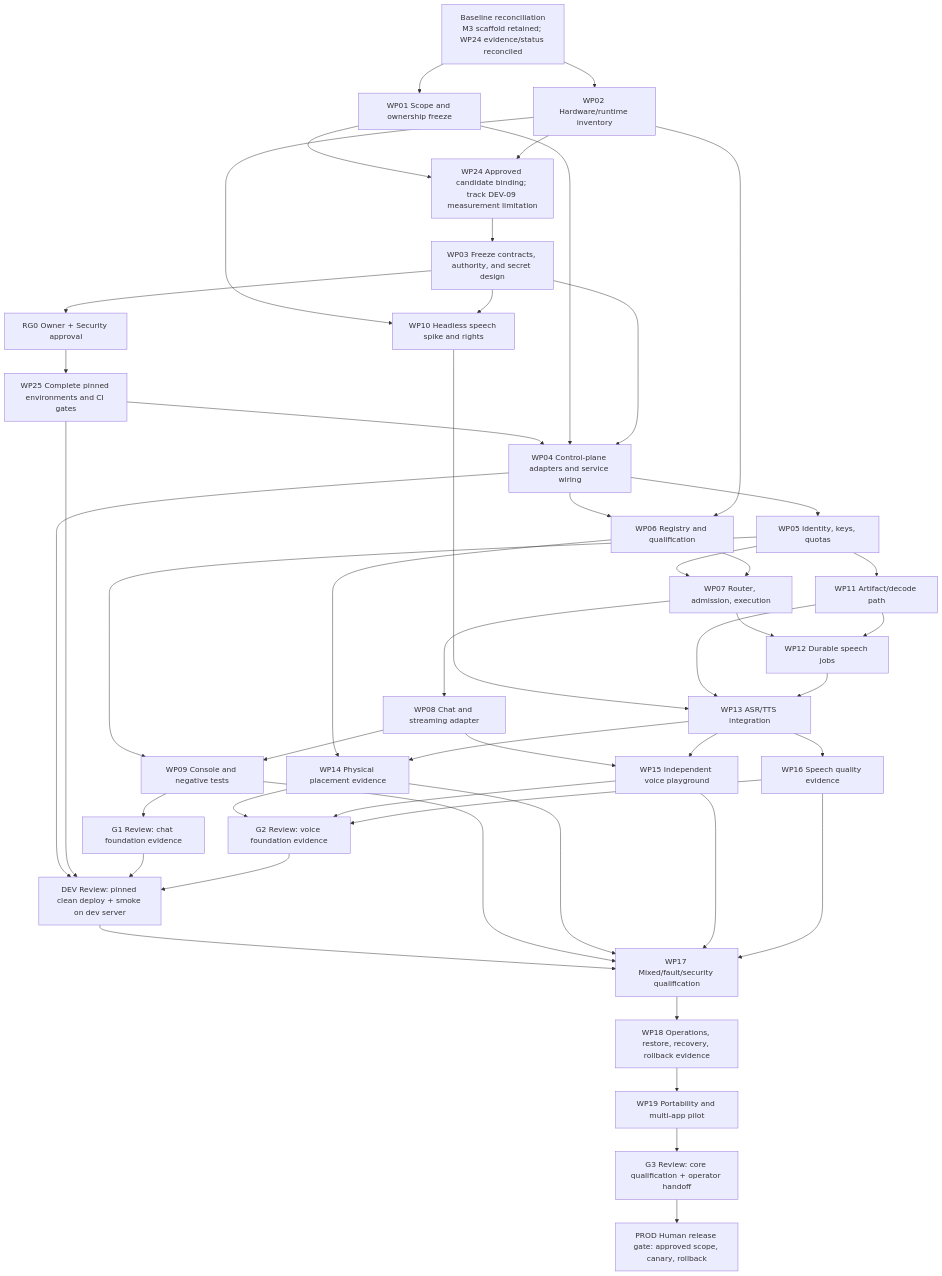
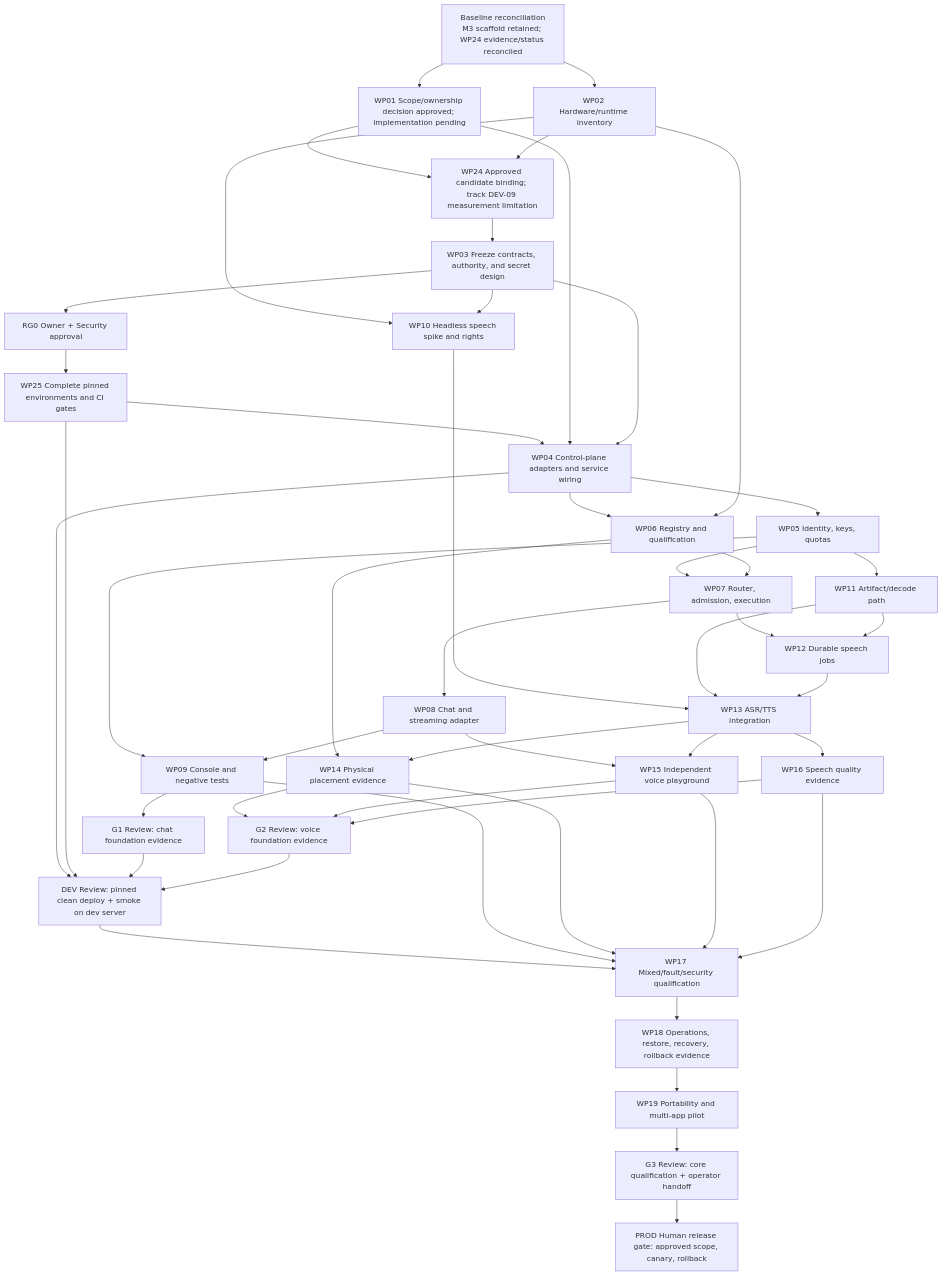
The diagram in docs/EXECUTION-DAG-PRP.md (Freshair129/Private-Runtime-Platform), drawn with Mermaid before and after one commit. The commit also changed other lines of this file and 19 other files, not shown here.

````diff
--- a/docs/EXECUTION-DAG-PRP.md
+++ b/docs/EXECUTION-DAG-PRP.md
@@ -39,80 +39,80 @@
 ```mermaid
 flowchart TD
   BASE["Baseline reconciliation<br/>M3 scaffold retained; WP24 evidence/status reconciled"]
-  WP01["WP01 Scope and ownership freeze"]
+  WP01["WP01 Scope/ownership decision approved; implementation pending"]
   WP02["WP02 Hardware/runtime inventory"]
   WP24["WP24 Approved candidate binding; track DEV-09 measurement limitation"]
   WP03["WP03 Freeze contracts, authority, and secret design"]
   RG0["RG0 Owner + Security approval"]
   WP25["WP25 Complete pinned environments and CI gates"]
   WP04["WP04 Control-plane adapters and service wiring"]
   WP05["WP05 Identity, keys, quotas"]
   WP06["WP06 Registry and qualification"]
   WP07["WP07 Router, admission, execution"]
   WP08["WP08 Chat and streaming adapter"]
   WP09["WP09 Console and negative tests"]
   WP10["WP10 Headless speech spike and rights"]
   WP11["WP11 Artifact/decode path"]
   WP12["WP12 Durable speech jobs"]
   WP13["WP13 ASR/TTS integration"]
   WP14["WP14 Physical placement evidence"]
   WP15["WP15 Independent voice playground"]
   WP16["WP16 Speech quality evidence"]
   G1["G1 Review: chat foundation evidence"]
   G2["G2 Review: voice foundation evidence"]
   DEV["DEV Review: pinned clean deploy + smoke on dev server"]
   WP17["WP17 Mixed/fault/security qualification"]
   WP18["WP18 Operations, restore, recovery, rollback evidence"]
   WP19["WP19 Portability and multi-app pilot"]
   G3["G3 Review: core qualification + operator handoff"]
   PROD["PROD Human release gate: approved scope, canary, rollback"]
 
   BASE --> WP01
   BASE --> WP02
   WP01 --> WP24
   WP02 --> WP24
   WP24 --> WP03
   WP03 --> RG0
   RG0 --> WP25
   WP25 --> WP04
   WP01 --> WP04
   WP03 --> WP04
   WP04 --> WP05
   WP04 --> WP06
   WP02 --> WP06
   WP02 --> WP10
   WP03 --> WP10
   WP05 --> WP07
   WP06 --> WP07
   WP05 --> WP11
   WP07 --> WP08
   WP05 --> WP09
   WP08 --> WP09
   WP07 --> WP12
   WP11 --> WP12
   WP10 --> WP13
   WP11 --> WP13
   WP12 --> WP13
   WP06 --> WP14
   WP13 --> WP14
   WP08 --> WP15
   WP13 --> WP15
   WP13 --> WP16
   WP09 --> G1
   WP14 --> G2
   WP15 --> G2
   WP16 --> G2
   WP04 --> DEV
   WP25 --> DEV
   G1 --> DEV
   G2 --> DEV
   DEV --> WP17
   WP09 --> WP17
   WP14 --> WP17
   WP15 --> WP17
   WP16 --> WP17
   WP17 --> WP18
   WP18 --> WP19
   WP19 --> G3
   G3 --> PROD
 ```
````
